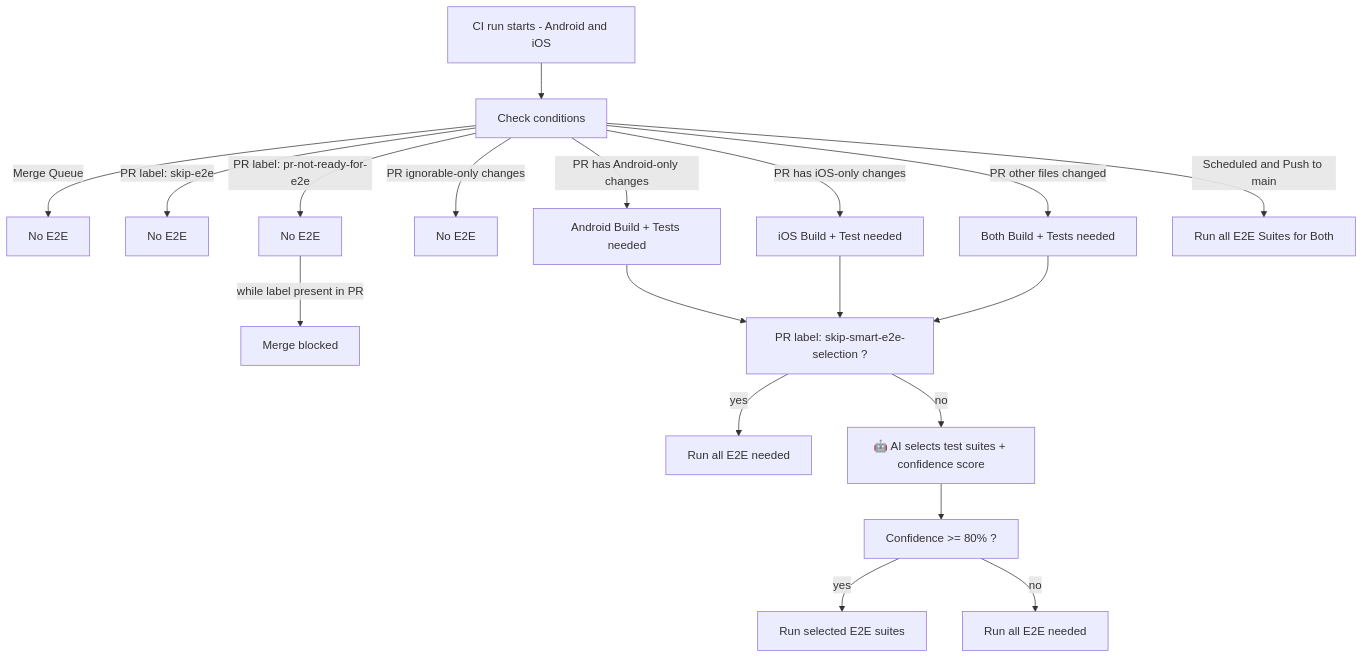
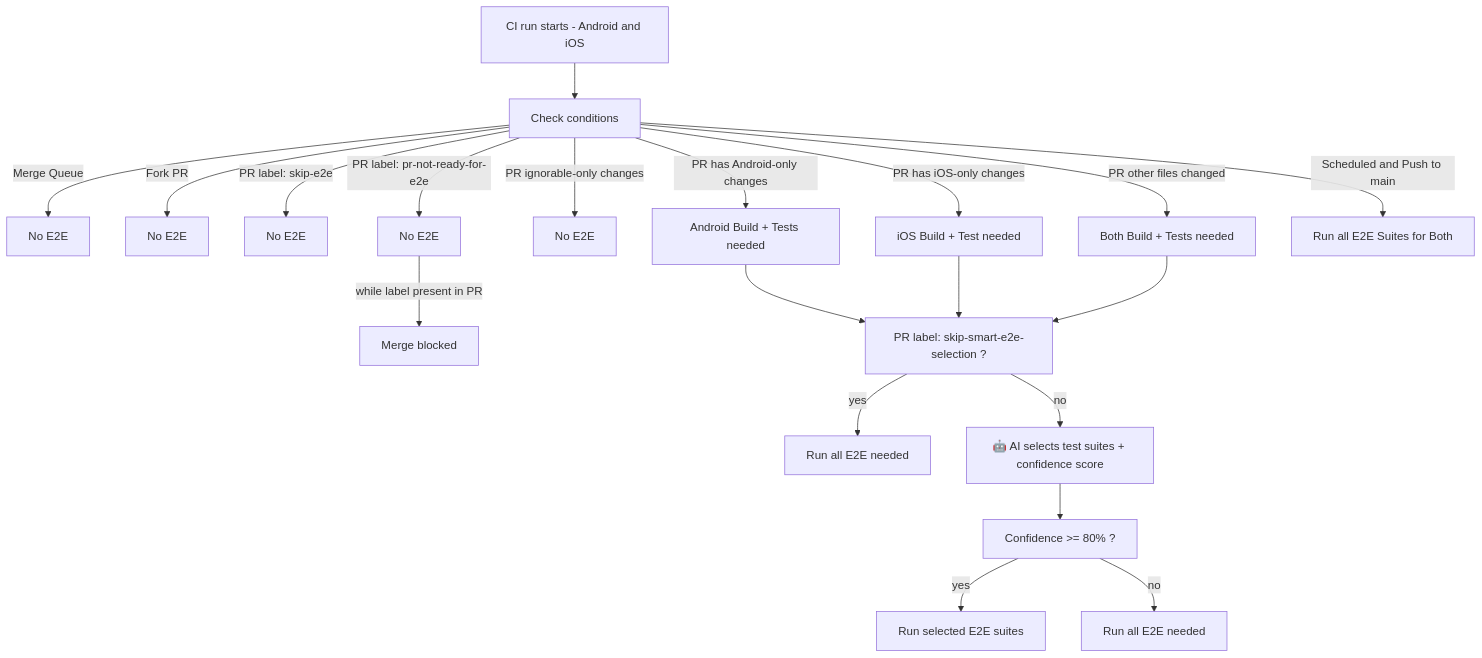
One commit to MetaMask/metamask-mobile changed the diagram in .github/guidelines/E2E_DECISION_TREE.md. Above: the diagram before and after it, drawn with Mermaid. The commit also changed 1 other file, not shown here.

Commit message:
ci: add automated E2E readiness label and CI checks

````diff
--- a/.github/guidelines/E2E_DECISION_TREE.md
+++ b/.github/guidelines/E2E_DECISION_TREE.md
@@ -5,20 +5,21 @@
 ```mermaid
 flowchart TD
     CI[CI run starts - Android and iOS] --> GR[Check conditions]
     GR -->|Merge Queue | MQ[No E2E]
+    GR -->|Fork PR| FK[No E2E]
     GR -->|PR label: skip-e2e| HS[No E2E]
     GR -->|PR label: pr-not-ready-for-e2e| L2[No E2E]
     L2 -->|while label present in PR| Skip2[Merge blocked]
     GR -->|PR ignorable-only changes| Ignorable[No E2E]
     GR -->|PR has Android-only changes| Android[Android Build + Tests needed]
     GR -->|PR has iOS-only changes| iOS[iOS Build + Test needed]
     GR -->|PR other files changed| Both[Both Build + Tests needed]
     GR -->|Scheduled and Push to main | Full[Run all E2E Suites for Both]
 
     Android & iOS & Both --> LABEL[PR label: skip-smart-e2e-selection ?]
     LABEL -->|yes| AllTags[Run all E2E needed]
     LABEL -->|no| AI[🤖 AI selects test suites + confidence score]
     AI --> CONF[Confidence >= 80% ?]
     CONF -->|yes| SelectedTags[Run selected E2E suites]
     CONF -->|no| AllTagsFallback[Run all E2E needed]
 ```
````
